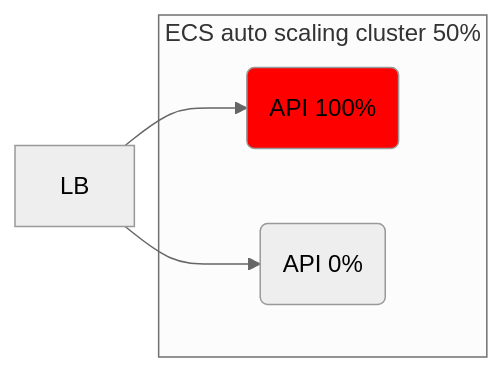
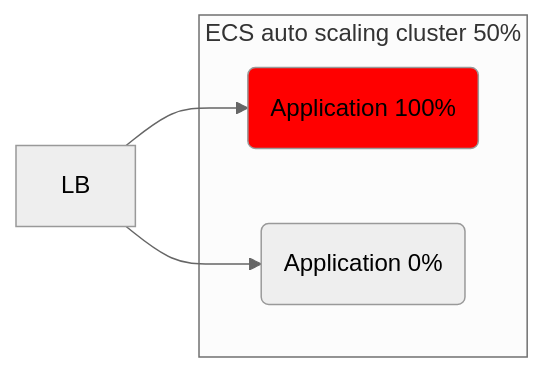
The second of 7 diagrams in README.md (pavradev/data-analytics-app-architecture-aws), drawn with Mermaid (neutral theme) before and after one commit. The commit also changed other lines of this file, not shown here.

````diff
--- a/README.md
+++ b/README.md
@@ -27,9 +27,9 @@
 ```mermaid
   flowchart LR
-  style api1 fill:red
-  lb[LB] --> api1(API 100%) & api2(API 0%)
+  style app1 fill:red
+  lb[LB] --> app1(Application 100%) & app2(Application 0%)
   subgraph c1 [ECS auto scaling cluster 50%]
-      api1
-      api2
+      app1
+      app2
   end
 ```
````
